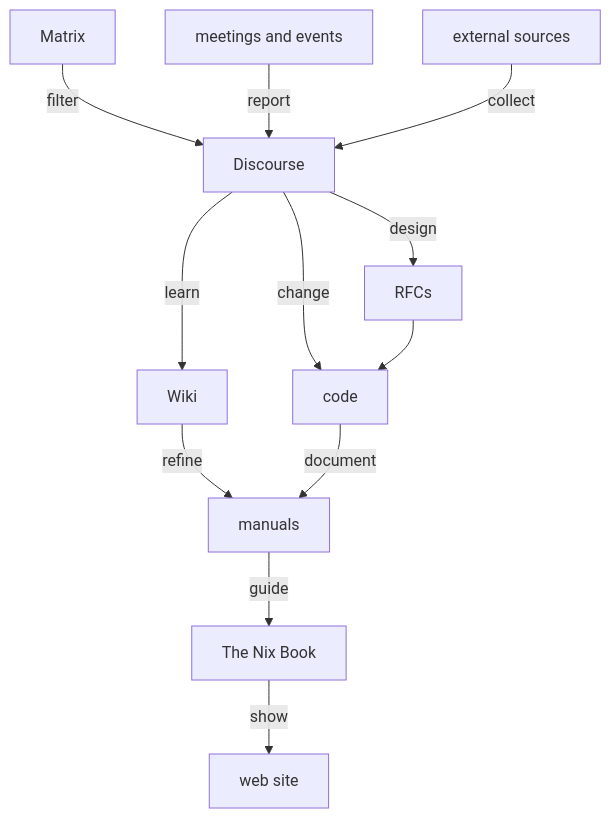
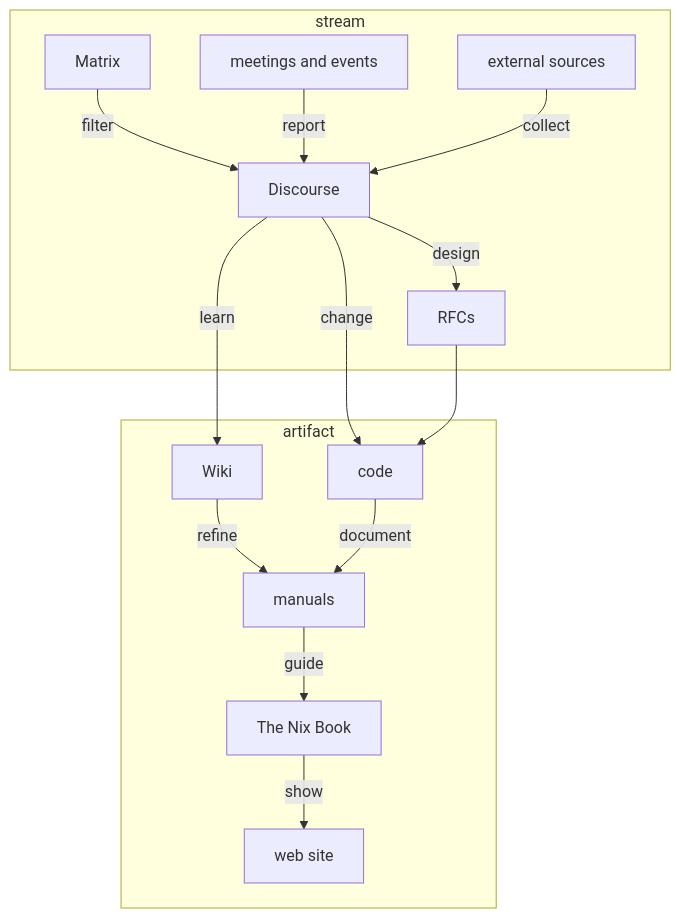
The diagram in CONTRIBUTING.md (NixOS/nix-book), drawn with Mermaid before and after one commit. The commit also changed other lines of this file, not shown here.

Commit message:
distinguish between information streams and artifacts

````diff
--- a/CONTRIBUTING.md
+++ b/CONTRIBUTING.md
@@ -173,11 +181,25 @@
 ```mermaid
 flowchart
   Matrix --> |filter| Discourse
   events[meetings and events] --> |report| Discourse
   external[external sources] --> |collect| Discourse
 	Discourse --> |design| RFCs
   Discourse --> |change| code
   Discourse --> |learn| Wiki
 	Wiki --> |refine| manuals --> |guide| book[The Nix Book] --> |show| www[web site]
 	RFCs --> code --> |document| manuals
+  subgraph stream
+    Matrix
+		events
+		external
+		Discourse
+		RFCs
+  end
+  subgraph artifact
+		Wiki
+		code
+		manuals
+		book
+		www
+  end
 ```
````
